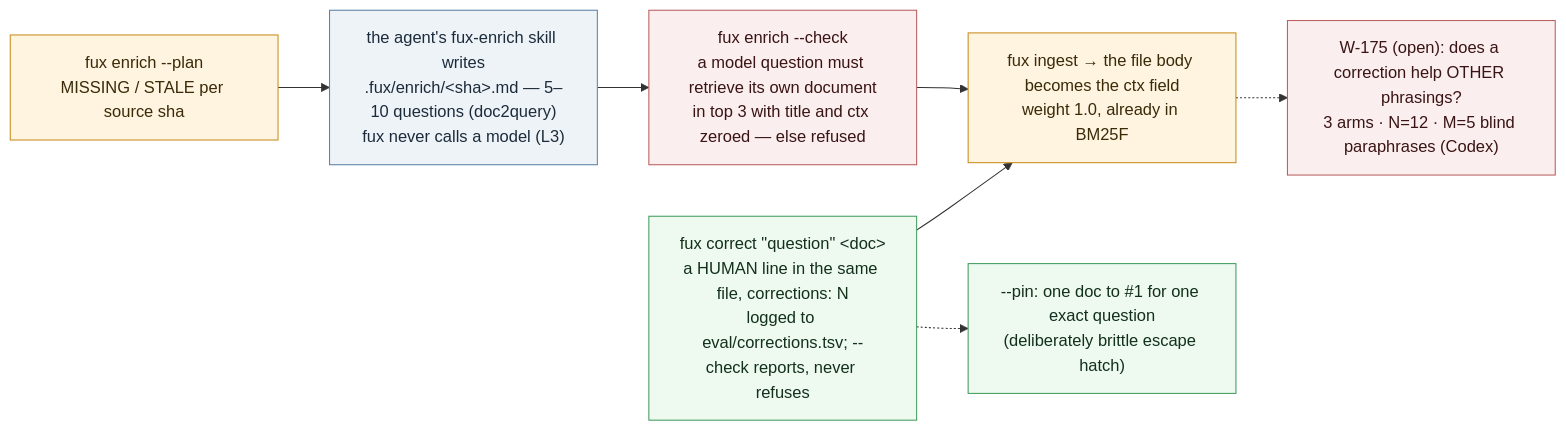
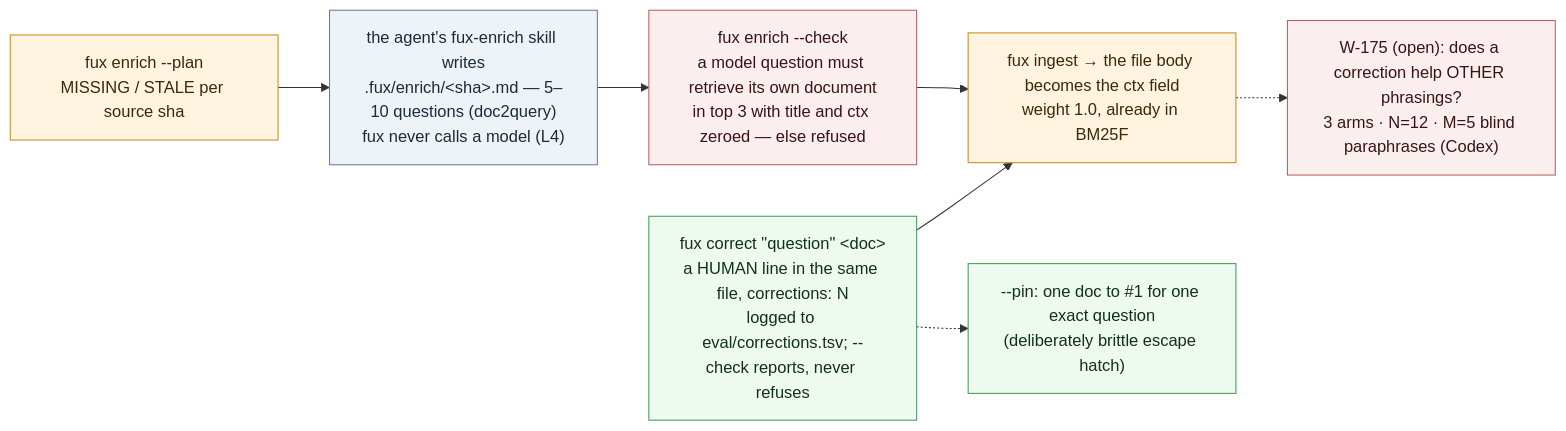
Before and after one commit to arpitarya/fux: the diagram in docs/paper/figures/src/fig-18-enrich.mmd, drawn with Mermaid. The commit also changed 351 other files, not shown here.

```diff
--- a/docs/paper/figures/src/fig-18-enrich.mmd
+++ b/docs/paper/figures/src/fig-18-enrich.mmd
@@ -1,16 +1,16 @@
 flowchart LR
   classDef ag fill:#eef3f8,stroke:#5b7fa6,color:#1c2b3a
   classDef fx fill:#fff4e0,stroke:#c98a1b,color:#3a2a08
   classDef hu fill:#eefaf0,stroke:#3f9a5a,color:#12301c
   classDef gate fill:#fbeeee,stroke:#b85c5c,color:#3a1414
   P["fux enrich --plan<br/>MISSING / STALE per source sha"]:::fx
-  A["the agent's fux-enrich skill writes<br/>.fux/enrich/&lt;sha&gt;.md — 5–10 questions (doc2query)<br/>fux never calls a model (L3)"]:::ag
+  A["the agent's fux-enrich skill writes<br/>.fux/enrich/&lt;sha&gt;.md — 5–10 questions (doc2query)<br/>fux never calls a model (L4)"]:::ag
   C["fux enrich --check<br/>a model question must retrieve its own document<br/>in top 3 with title and ctx zeroed — else refused"]:::gate
   H["fux correct &quot;question&quot; &lt;doc&gt;<br/>a HUMAN line in the same file, corrections: N<br/>logged to eval/corrections.tsv; --check reports, never refuses"]:::hu
   PIN["--pin: one doc to #1 for one exact question<br/>(deliberately brittle escape hatch)"]:::hu
   I["fux ingest → the file body becomes the ctx field<br/>weight 1.0, already in BM25F"]:::fx
   M["W-175 (open): does a correction help OTHER phrasings?<br/>3 arms · N=12 · M=5 blind paraphrases (Codex)"]:::gate
   P --> A --> C --> I
   H --> I
   H -.-> PIN
   I -.-> M
```
